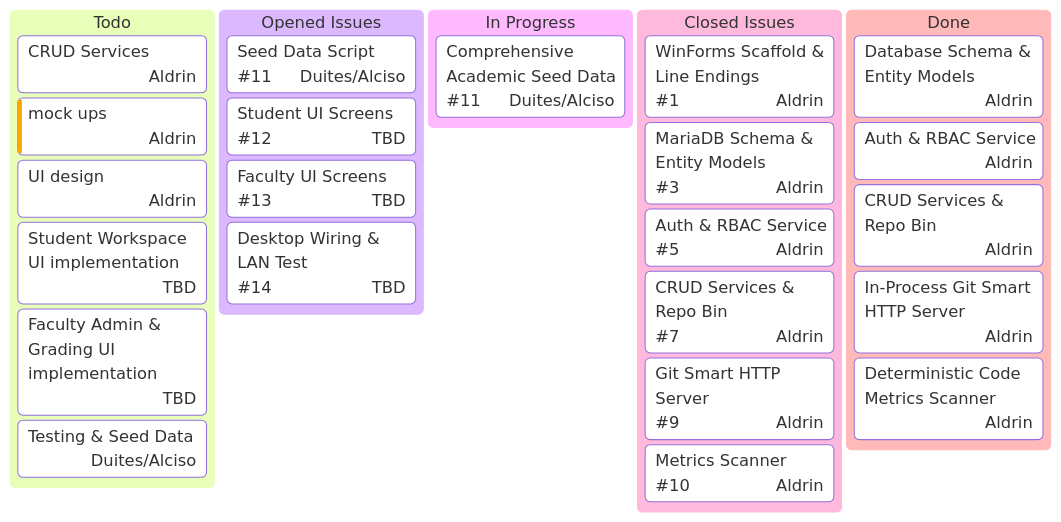
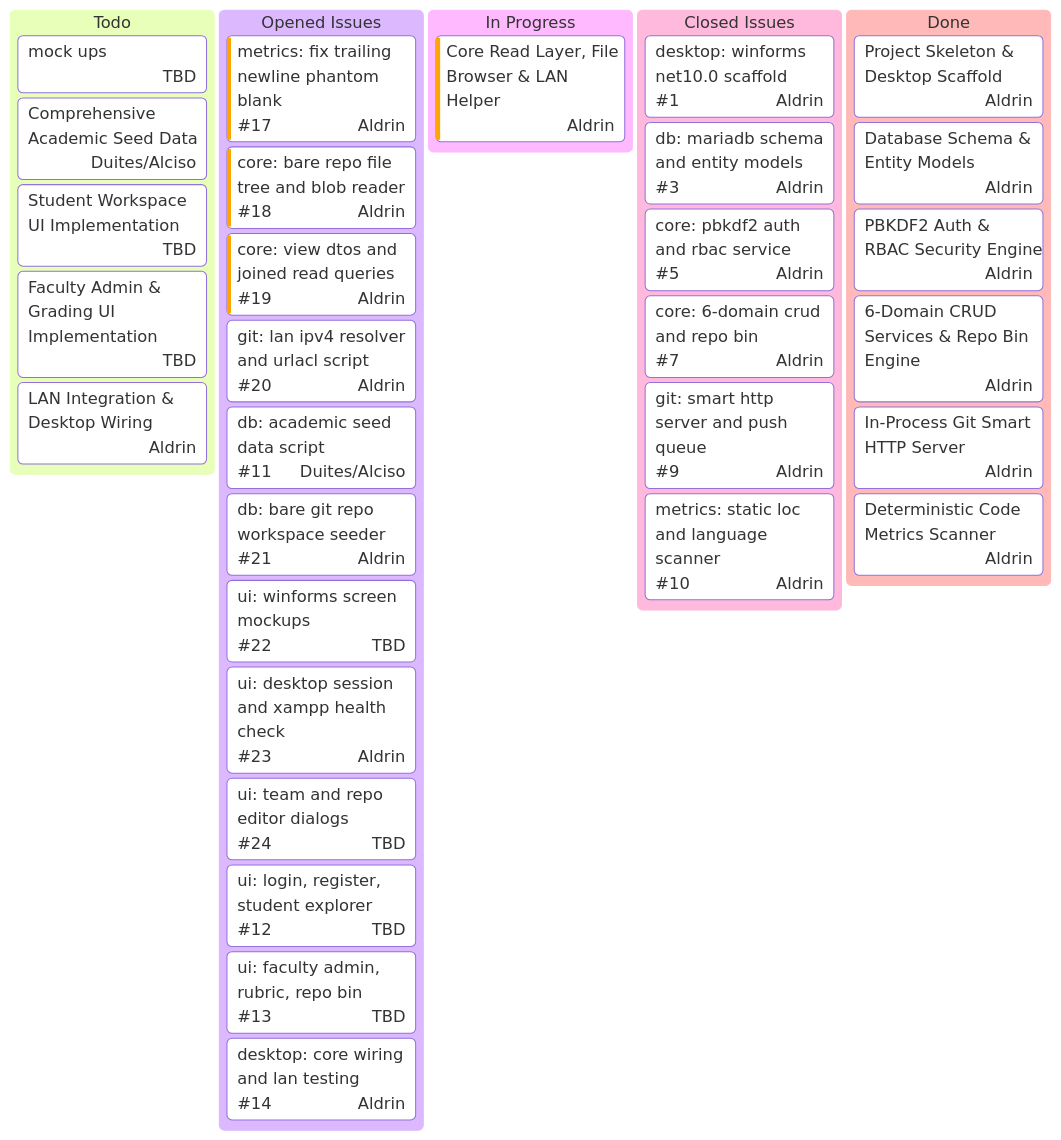
One commit to frtzhahn/repo-vault changed the diagram in README.md. Above: the diagram before and after it, drawn with Mermaid.

Commit message:
docs: updated readme kanban section

````diff
--- a/README.md
+++ b/README.md
@@ -34,31 +34,39 @@
 ```mermaid
 kanban
   [Todo]
-    [CRUD Services]@{ assigned: 'Aldrin'}
-    [mock ups]@{ assigned: 'Aldrin', priority: 'High'}
-    [UI design]@{ assigned: 'Aldrin'}
-    [Student Workspace UI implementation]@{ assigned: 'TBD'}
-    [Faculty Admin & Grading UI implementation]@{ assigned: 'TBD'}
-    [Testing & Seed Data]@{ assigned: 'Duites/Alciso'}
+    [mock ups]@{ assigned: 'TBD' }
+    [Comprehensive Academic Seed Data]@{ assigned: 'Duites/Alciso' }
+    [Student Workspace UI Implementation]@{ assigned: 'TBD' }
+    [Faculty Admin & Grading UI Implementation]@{ assigned: 'TBD' }
+    [LAN Integration & Desktop Wiring]@{ assigned: 'Aldrin' }
   [Opened Issues]
-    [Seed Data Script]@{ assigned: 'Duites/Alciso', ticket: '#11' }
-    [Student UI Screens]@{ assigned: 'TBD', ticket: '#12' }
-    [Faculty UI Screens]@{ assigned: 'TBD', ticket: '#13' }
-    [Desktop Wiring & LAN Test]@{ assigned: 'TBD', ticket: '#14' }
+    [metrics: fix trailing newline phantom blank]@{ assigned: 'Aldrin', ticket: '#17', priority: 'High' }
+    [core: bare repo file tree and blob reader]@{ assigned: 'Aldrin', ticket: '#18', priority: 'High' }
+    [core: view dtos and joined read queries]@{ assigned: 'Aldrin', ticket: '#19', priority: 'High' }
+    [git: lan ipv4 resolver and urlacl script]@{ assigned: 'Aldrin', ticket: '#20' }
+    [db: academic seed data script]@{ assigned: 'Duites/Alciso', ticket: '#11' }
+    [db: bare git repo workspace seeder]@{ assigned: 'Aldrin', ticket: '#21' }
+    [ui: winforms screen mockups]@{ assigned: 'TBD', ticket: '#22' }
+    [ui: desktop session and xampp health check]@{ assigned: 'Aldrin', ticket: '#23' }
+    [ui: team and repo editor dialogs]@{ assigned: 'TBD', ticket: '#24' }
+    [ui: login, register, student explorer]@{ assigned: 'TBD', ticket: '#12' }
+    [ui: faculty admin, rubric, repo bin]@{ assigned: 'TBD', ticket: '#13' }
+    [desktop: core wiring and lan testing]@{ assigned: 'Aldrin', ticket: '#14' }
   [In Progress]
-    [Comprehensive Academic Seed Data]@{ assigned: 'Duites/Alciso', ticket: '#11' }
+    [Core Read Layer, File Browser & LAN Helper]@{ assigned: 'Aldrin', priority: 'High' }
   [Closed Issues]
-    [WinForms Scaffold & Line Endings]@{ assigned: 'Aldrin', ticket: '#1' }
-    [MariaDB Schema & Entity Models]@{ assigned: 'Aldrin', ticket: '#3' }
-    [Auth & RBAC Service]@{ assigned: 'Aldrin', ticket: '#5' }
-    [CRUD Services & Repo Bin]@{ assigned: 'Aldrin', ticket: '#7' }
-    [Git Smart HTTP Server]@{ assigned: 'Aldrin', ticket: '#9' }
-    [Metrics Scanner]@{ assigned: 'Aldrin', ticket: '#10' }
+    [desktop: winforms net10.0 scaffold]@{ assigned: 'Aldrin', ticket: '#1' }
+    [db: mariadb schema and entity models]@{ assigned: 'Aldrin', ticket: '#3' }
+    [core: pbkdf2 auth and rbac service]@{ assigned: 'Aldrin', ticket: '#5' }
+    [core: 6-domain crud and repo bin]@{ assigned: 'Aldrin', ticket: '#7' }
+    [git: smart http server and push queue]@{ assigned: 'Aldrin', ticket: '#9' }
+    [metrics: static loc and language scanner]@{ assigned: 'Aldrin', ticket: '#10' }
   [Done]
-    [Database Schema & Entity Models]@{ assigned: 'Aldrin'}
-    [Auth & RBAC Service]@{ assigned: 'Aldrin'}
-    [CRUD Services & Repo Bin]@{ assigned: 'Aldrin'}
-    [In-Process Git Smart HTTP Server]@{ assigned: 'Aldrin'}
-    [Deterministic Code Metrics Scanner]@{ assigned: 'Aldrin'}
+    [Project Skeleton & Desktop Scaffold]@{ assigned: 'Aldrin' }
+    [Database Schema & Entity Models]@{ assigned: 'Aldrin' }
+    [PBKDF2 Auth & RBAC Security Engine]@{ assigned: 'Aldrin' }
+    [6-Domain CRUD Services & Repo Bin Engine]@{ assigned: 'Aldrin' }
+    [In-Process Git Smart HTTP Server]@{ assigned: 'Aldrin' }
+    [Deterministic Code Metrics Scanner]@{ assigned: 'Aldrin' }
 
 ```
````
